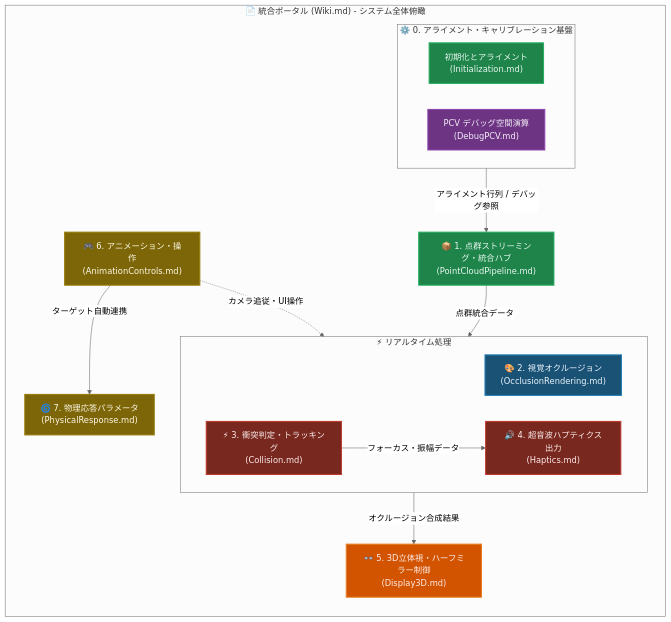
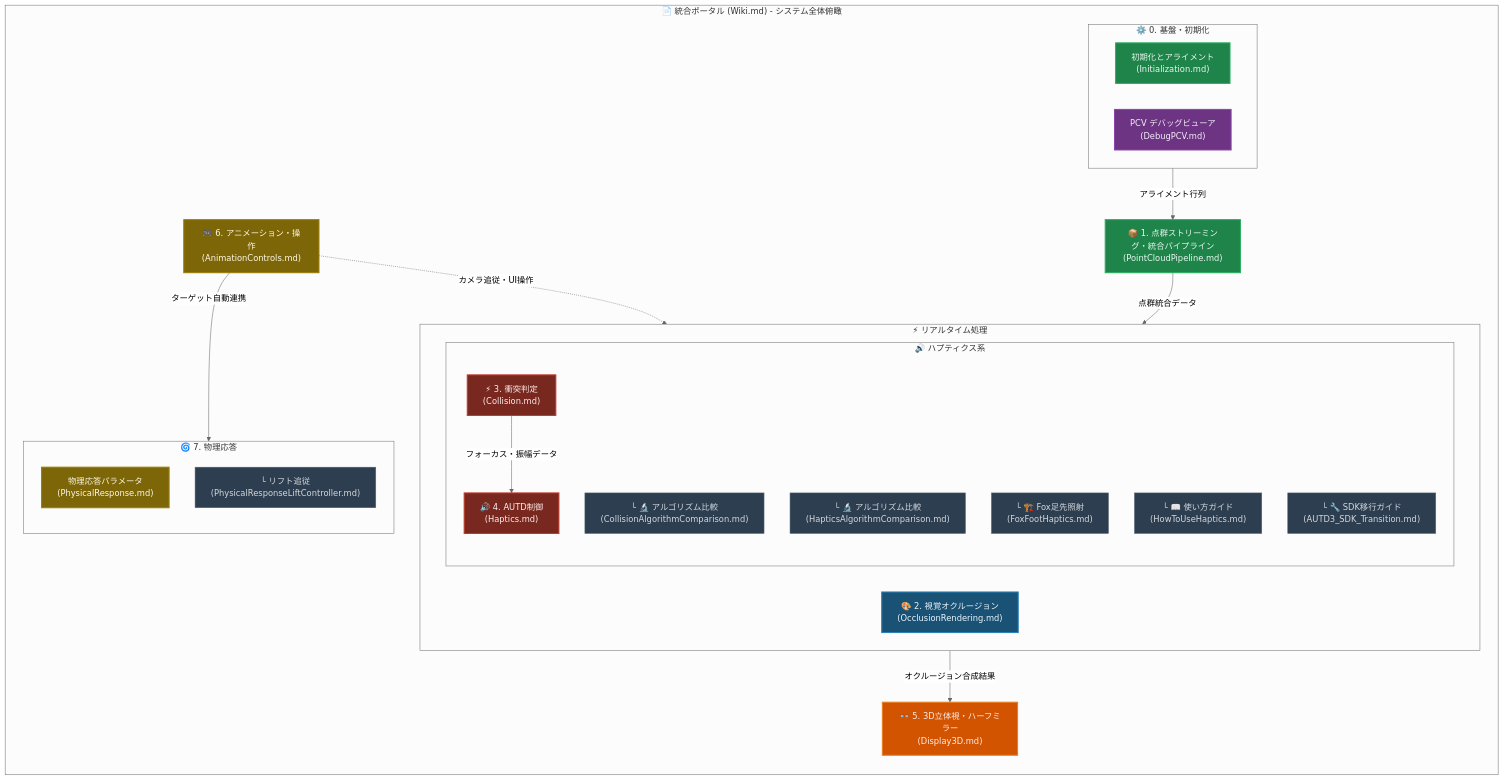
Before and after one commit to kotetsuOU/HandTrakingDemo: the diagram in Docs/Wiki.md, drawn with Mermaid (neutral theme). The commit also changed other lines of this file and 31 other files, not shown here.

````diff
--- a/Docs/Wiki.md
+++ b/Docs/Wiki.md
@@ -13,43 +11,58 @@
 ```mermaid
 graph TD
     %% スタイル定義
     classDef render fill:#1A5276,stroke:#2980B9,stroke-width:2px,color:#EBF5FB;
     classDef haptic fill:#78281F,stroke:#C0392B,stroke-width:2px,color:#FDEDEC;
     classDef debug fill:#6C3483,stroke:#8E44AD,stroke-width:2px,color:#F5EEF8;
     classDef common fill:#1E8449,stroke:#27AE60,stroke-width:2px,color:#EAF8F2;
     classDef display fill:#D35400,stroke:#E67E22,stroke-width:2px,color:#FDEDEC;
     classDef control fill:#7D6608,stroke:#9A7D0A,stroke-width:2px,color:#FEF9E7;
+    classDef sub fill:#2C3E50,stroke:#566573,stroke-width:1px,color:#D5D8DC;
 
     subgraph WIKI ["📄 統合ポータル (Wiki.md) - システム全体俯瞰"]
         direction TD
 
-        subgraph Calibration ["⚙️ 0. アライメント・キャリブレーション基盤"]
+        subgraph Calibration ["⚙️ 0. 基盤・初期化"]
             direction LR
             InitNode["初期化とアライメント<br/>(Initialization.md)"]:::common
-            DebugNode["PCV デバッグ空間演算<br/>(DebugPCV.md)"]:::debug
+            DebugNode["PCV デバッグビューア<br/>(DebugPCV.md)"]:::debug
         end
 
-        PointCloudNode["📦 1. 点群ストリーミング・統合ハブ<br/>(PointCloudPipeline.md)"]:::common
+        PointCloudNode["📦 1. 点群ストリーミング・統合パイプライン<br/>(PointCloudPipeline.md)"]:::common
         
         subgraph RealTimeProcessing ["⚡ リアルタイム処理"]
             direction LR
             RenderNode["🎨 2. 視覚オクルージョン<br/>(OcclusionRendering.md)"]:::render
-            HapticsNode["⚡ 3. 衝突判定・トラッキング<br/>(Collision.md)"]:::haptic
-            AutdNode["🔊 4. 超音波ハプティクス出力<br/>(Haptics.md)"]:::haptic
+
+            subgraph HapticsGroup ["🔊 ハプティクス系"]
+                direction TB
+                CollisionNode["⚡ 3. 衝突判定<br/>(Collision.md)"]:::haptic
+                CollisionAlgoNode["└ 🔬 アルゴリズム比較<br/>(CollisionAlgorithmComparison.md)"]:::sub
+                AutdNode["🔊 4. AUTD制御<br/>(Haptics.md)"]:::haptic
+                HapticsAlgoNode["└ 🔬 アルゴリズム比較<br/>(HapticsAlgorithmComparison.md)"]:::sub
+                FoxFootNode["└ 🏗️ Fox足先照射<br/>(FoxFootHaptics.md)"]:::sub
+                HowToNode["└ 📖 使い方ガイド<br/>(HowToUseHaptics.md)"]:::sub
+                SDKNode["└ 🔧 SDK移行ガイド<br/>(AUTD3_SDK_Transition.md)"]:::sub
+            end
         end
 
-        DisplayNode["👓 5. 3D立体視・ハーフミラー制御<br/>(Display3D.md)"]:::display
+        DisplayNode["👓 5. 3D立体視・ハーフミラー<br/>(Display3D.md)"]:::display
         ControlNode["🎮 6. アニメーション・操作<br/>(AnimationControls.md)"]:::control
-        PhysicsNode["🌀 7. 物理応答パラメータ<br/>(PhysicalResponse.md)"]:::control
+
+        subgraph PhysicsGroup ["🌀 7. 物理応答"]
+            direction TB
+            PhysicsNode["物理応答パラメータ<br/>(PhysicalResponse.md)"]:::control
+            LiftNode["└ リフト追従<br/>(PhysicalResponseLiftController.md)"]:::sub
+        end
 
         %% パイプラインデータフロー
-        Calibration -->|"アライメント行列 / デバッグ参照"| PointCloudNode
+        Calibration -->|"アライメント行列"| PointCloudNode
         PointCloudNode -->|"点群統合データ"| RealTimeProcessing
-        HapticsNode -->|"フォーカス・振幅データ"| AutdNode
+        CollisionNode -->|"フォーカス・振幅データ"| AutdNode
         RenderNode -->|"オクルージョン合成結果"| DisplayNode
         
         %% 独立した制御系
         ControlNode -.->|"カメラ追従・UI操作"| RenderNode
-        ControlNode -->|"ターゲット自動連携"| PhysicsNode
+        ControlNode -->|"ターゲット自動連携"| PhysicsGroup
     end
 ```
````
